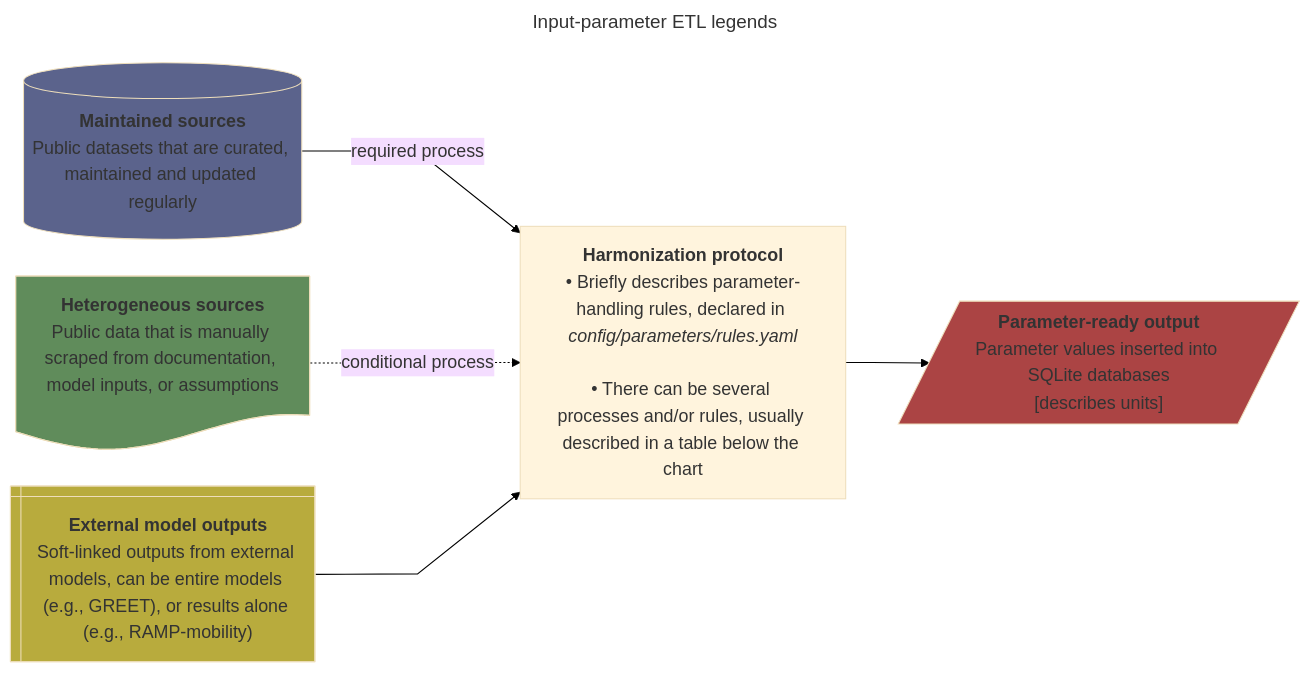
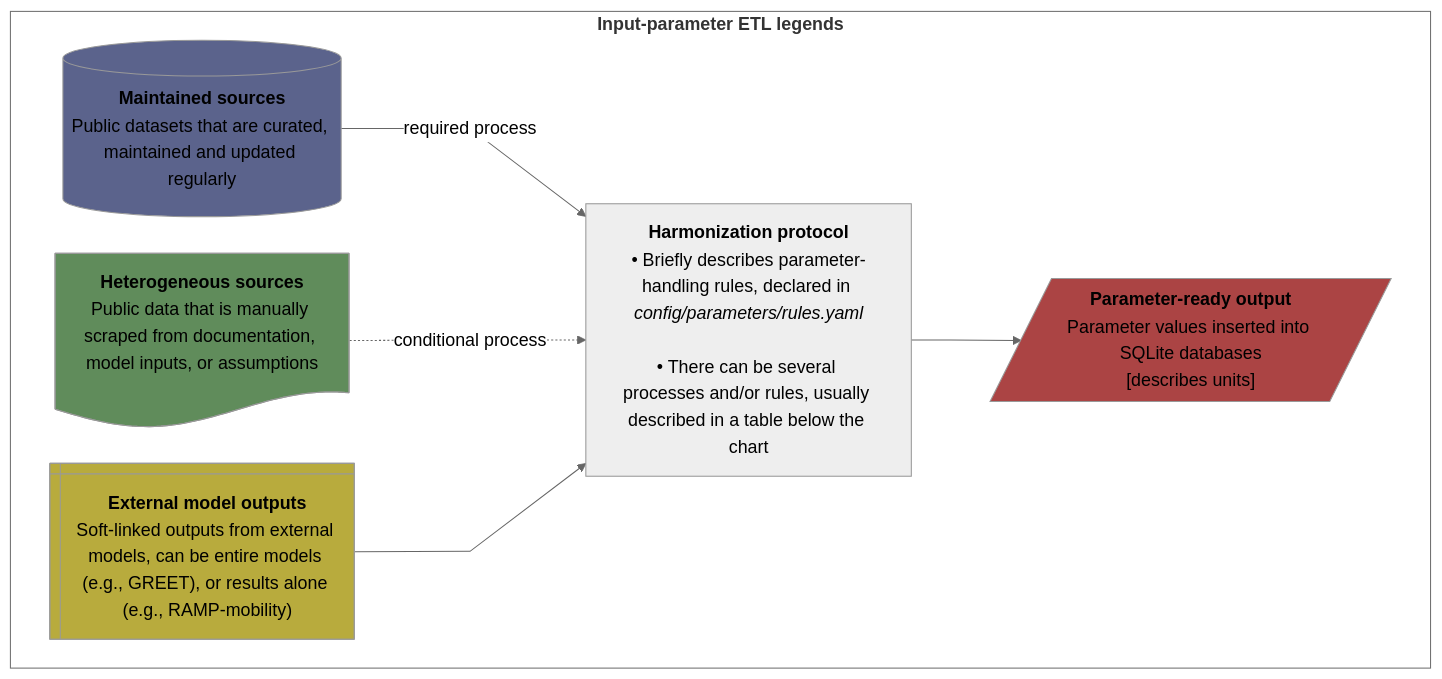
The second of 9 diagrams in README.md (CANOE-main/canoe-transportation), drawn with Mermaid before and after one commit. The commit also changed other lines of this file and 1 other file, not shown here.

Commit message:
Testing white canvas as background for flowcharts

````diff
--- a/README.md
+++ b/README.md
@@ -158,42 +158,43 @@
 ```mermaid
 ---
-title: Input-parameter ETL legends
 config:
   layout: dagre
-  theme: base
+  theme: neutral
   themeVariables:
-    background: "#ffffff"
-    darkMode: false
     fontSize: 17px
   flowchart:
     nodeSpacing: 35
     rankSpacing: 50
     wrappingWidth: 250
     curve: linear
 ---
 flowchart LR
+  subgraph canvas["`**Input-parameter ETL legends**`"]
+  direction LR
   %% --- Sources ---
   s0[("`**Maintained sources**<br>Public datasets that are curated, maintained and updated regularly`")]
   s1@{shape: doc, label: "**Heterogeneous sources**<br>Public data that is manually scraped from documentation, model inputs, or assumptions"}
   s2@{shape: win-pane, label: "**External model outputs**<br>Soft-linked outputs from external models, can be entire models (e.g., GREET), or results alone (e.g., RAMP-mobility)" }
 
   %% --- Processes ---
   p1["`**Harmonization protocol**<br>• Briefly describes parameter-handling rules, declared in *config/parameters/rules.yaml*<br><br>• There can be several processes and/or rules, usually described in a table below the chart`"]
 
   s0 -- required process --> p1
   s1 -. conditional process .-> p1
   s2 --> p1 
 
   p1 --> o1[/"`**Parameter-ready output**<br>Parameter values inserted into SQLite databases<br>[describes units]`"/]
+  end
 
   %% --- Styling ---
+  style canvas fill:#ffffff
   classDef database fill:#5b638c
   classDef doc fill:#608c5b
   classDef model fill:#b8ab3d
   classDef output fill:#ab4444
 
   class s0 database
   class s1 doc
   class s2 model
   class o1 output
 ```
````
